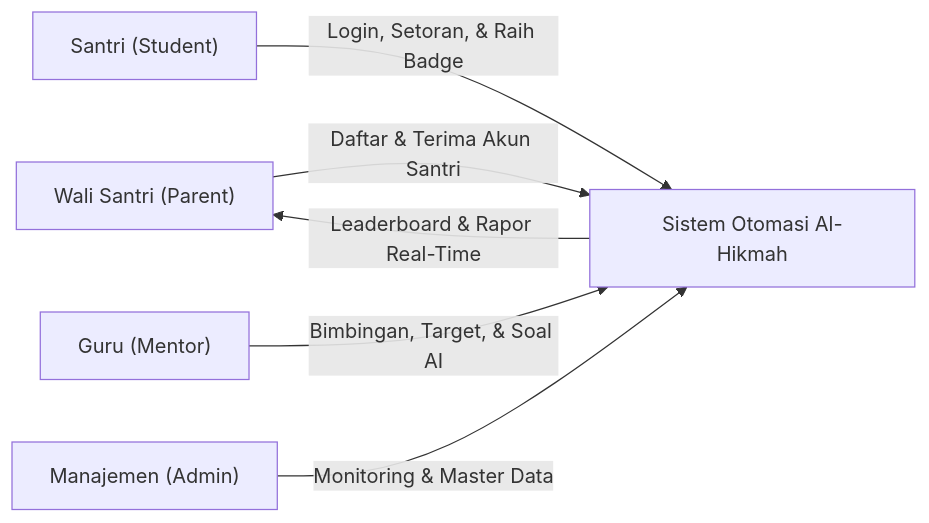
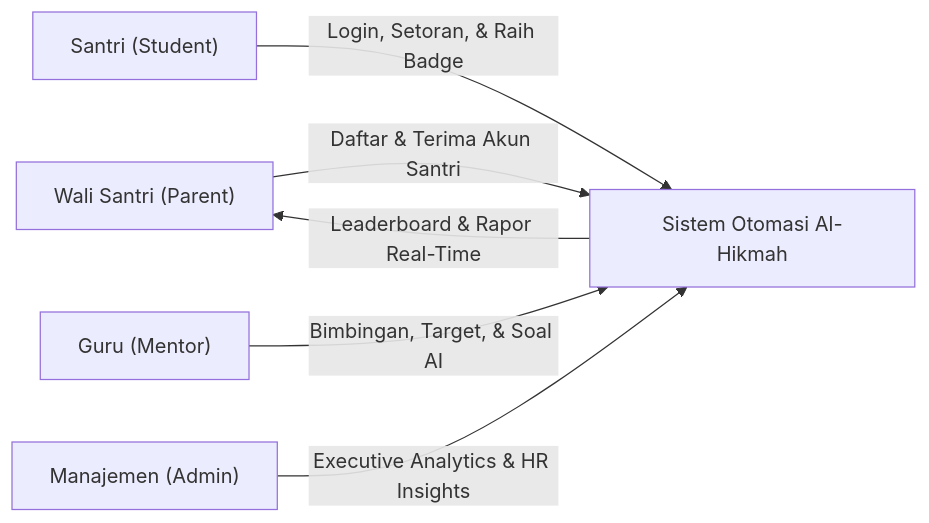
One commit to MasDan-stack/al-hikmah-lms changed the first of 3 diagrams in tentang.md. Above: the diagram before and after it, drawn with Mermaid. The commit also changed other lines of this file and 36 other files, not shown here.

Commit message:
feat(admin): implement v8.2 executive analytics, revenue intelligence, staff workload, operational alerts, dual reporting, whatsapp broadcast, and full documentation

````diff
--- a/tentang.md
+++ b/tentang.md
@@ -40,8 +41,8 @@
 ```mermaid
 graph LR
     A["Wali Santri (Parent)"] -->|"Daftar & Terima Akun Santri"| B["Sistem Otomasi Al-Hikmah"]
     C["Santri (Student)"] -->|"Login, Setoran, & Raih Badge"| B
     D["Guru (Mentor)"] -->|"Bimbingan, Target, & Soal AI"| B
     B -->|"Leaderboard & Rapor Real-Time"| A
-    E["Manajemen (Admin)"] -->|"Monitoring & Master Data"| B
+    E["Manajemen (Admin)"] -->|"Executive Analytics & HR Insights"| B
 ```
````
